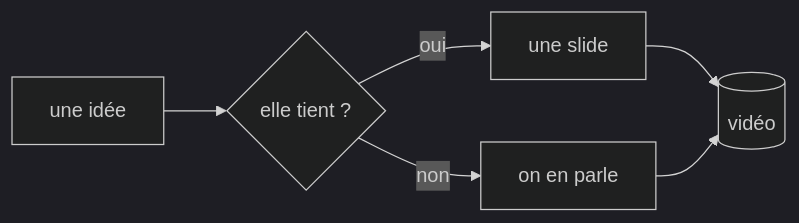
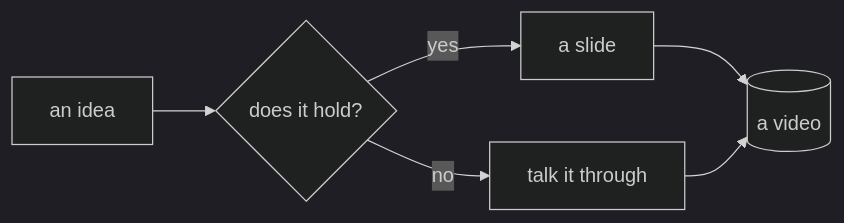
One commit to dbeley/ardoise changed the diagram in decks/bienvenue.md. Above: the diagram before and after it, drawn with Mermaid (dark theme). The commit also changed other lines of this file and 24 other files, not shown here.

````diff
--- a/decks/bienvenue.md
+++ b/decks/bienvenue.md
@@ -133,8 +133,8 @@
 ```mermaid
 graph LR
-  A[une idée] --> B{elle tient ?}
-  B -->|oui| C[une slide]
-  B -->|non| D[on en parle]
-  C --> E[(vidéo)]
+  A[an idea] --> B{does it hold?}
+  B -->|yes| C[a slide]
+  B -->|no| D[talk it through]
+  C --> E[(a video)]
   D --> E
 ```
````
